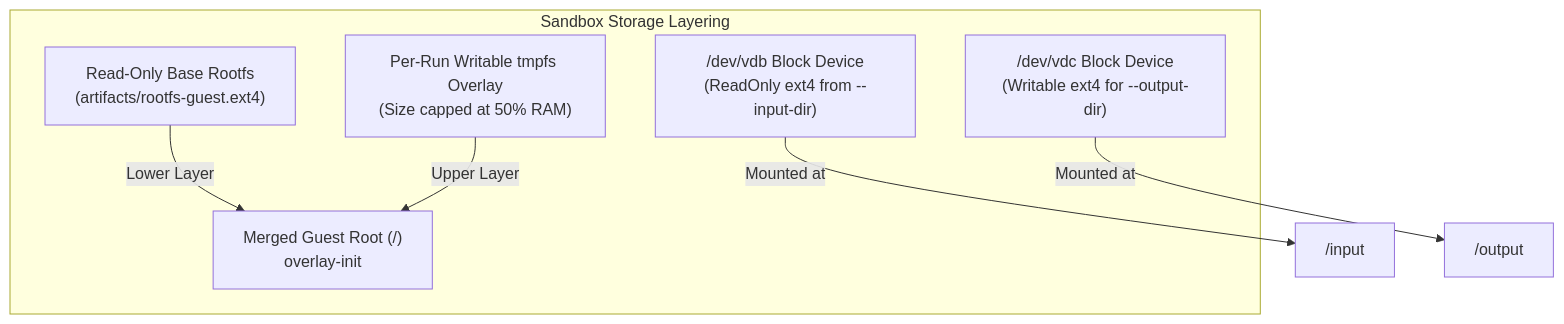
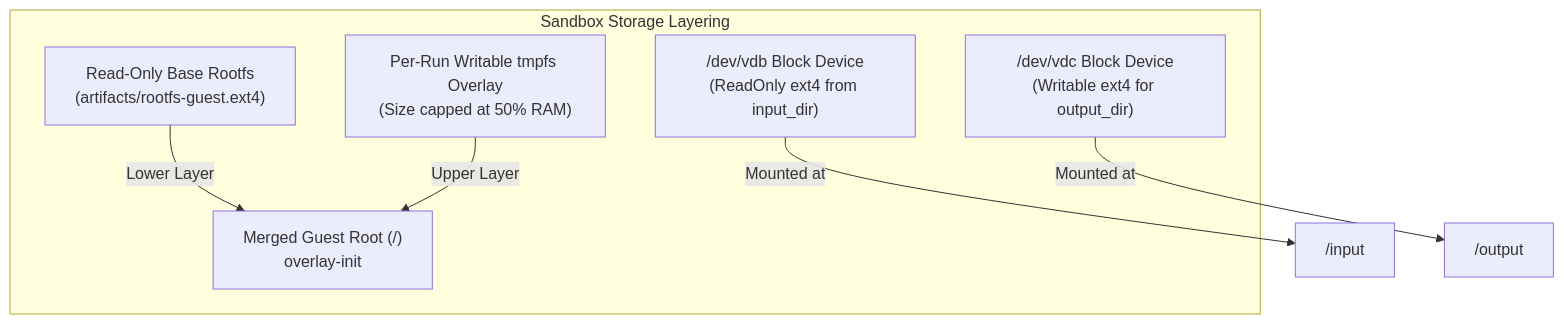
The third of 3 diagrams in docs/architecture-host.md (kendricklawton/behavioral-sandbox), drawn with Mermaid before and after one commit. The commit also changed other lines of this file and 7 other files, not shown here.

````diff
--- a/docs/architecture-host.md
+++ b/docs/architecture-host.md
@@ -88,16 +89,16 @@
 ```mermaid
 flowchart TB
     subgraph StorageLayout["Sandbox Storage Layering"]
         BaseFS["Read-Only Base Rootfs\n(artifacts/rootfs-guest.ext4)"]
         TmpfsOverlay["Per-Run Writable tmpfs Overlay\n(Size capped at 50% RAM)"]
         MergedRoot["Merged Guest Root (/)\noverlay-init"]
         
-        InputBlock["/dev/vdb Block Device\n(ReadOnly ext4 from --input-dir)"]
-        OutputBlock["/dev/vdc Block Device\n(Writable ext4 for --output-dir)"]
+        InputBlock["/dev/vdb Block Device\n(ReadOnly ext4 from input_dir)"]
+        OutputBlock["/dev/vdc Block Device\n(Writable ext4 for output_dir)"]
     end
 
     BaseFS -->|Lower Layer| MergedRoot
     TmpfsOverlay -->|Upper Layer| MergedRoot
     InputBlock -->|Mounted at| GuestInput["/input"]
     OutputBlock -->|Mounted at| GuestOutput["/output"]
 ```
````
